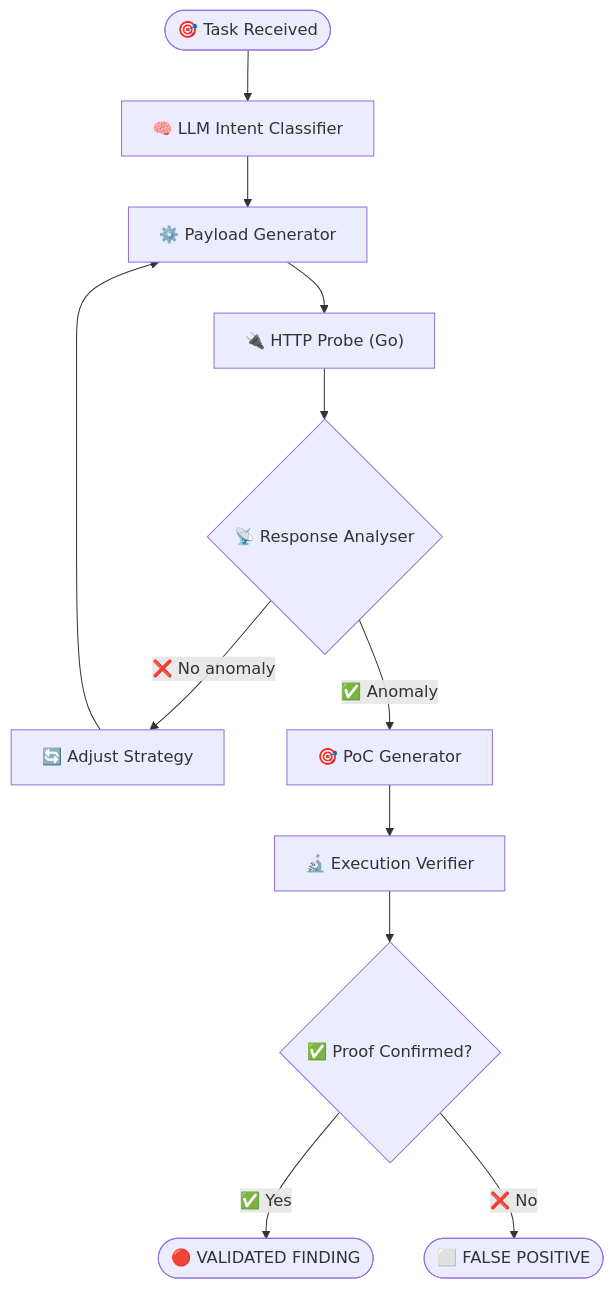
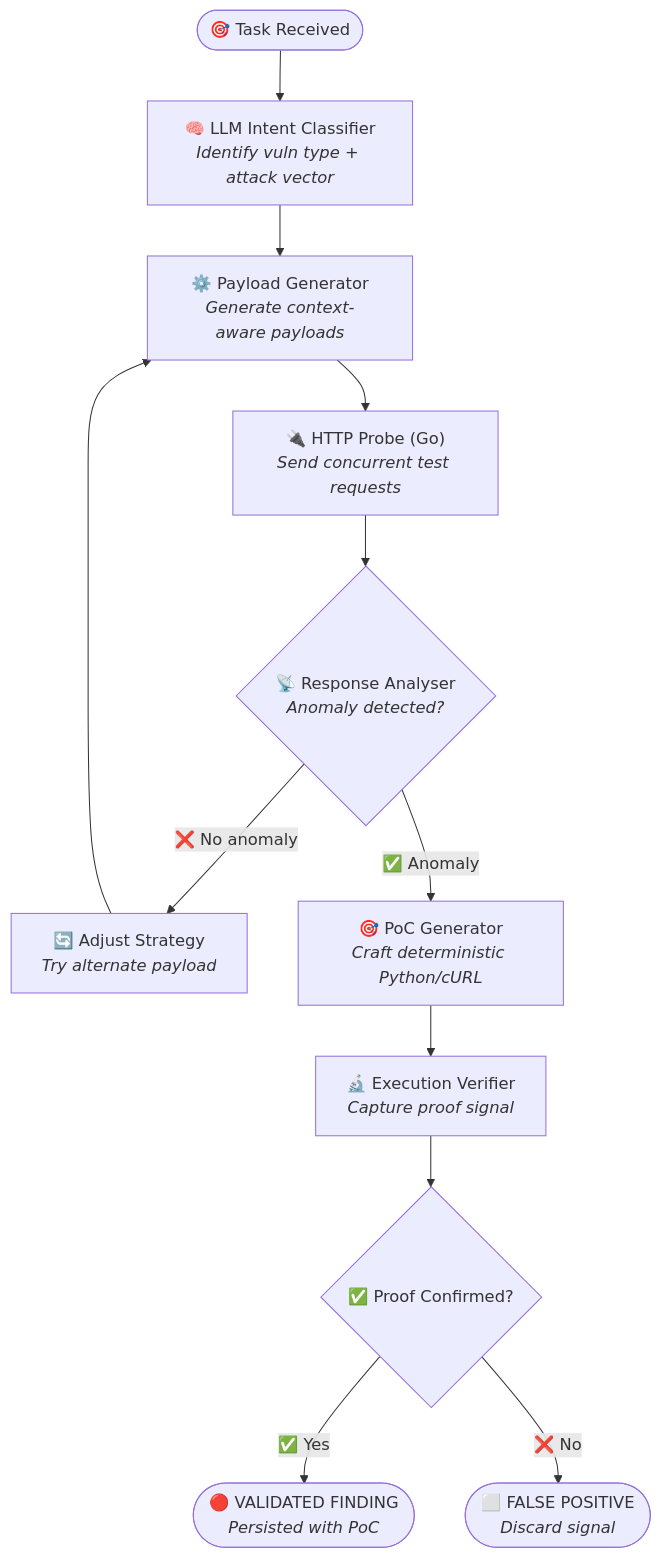
One commit to gl1tch0x1/cog-ai changed the third of 3 diagrams in README.md. Above: the diagram before and after it, drawn with Mermaid. The commit also changed other lines of this file, not shown here.

````diff
--- a/README.md
+++ b/README.md
@@ -175,17 +175,17 @@
 ```mermaid
 flowchart TD
-    START(["🎯 Task Received"]) --> CLASSIFY["🧠 LLM Intent Classifier"]
-    CLASSIFY --> PAYLOAD["⚙️ Payload Generator"]
-    PAYLOAD --> PROBE["🔌 HTTP Probe (Go)"]
-    PROBE --> RESPONSE{"📡 Response Analyser"}
+    START(["🎯 Task Received"]) --> CLASSIFY["🧠 LLM Intent Classifier\n<i>Identify vuln type + attack vector</i>"]
+    CLASSIFY --> PAYLOAD["⚙️ Payload Generator\n<i>Generate context-aware payloads</i>"]
+    PAYLOAD --> PROBE["🔌 HTTP Probe (Go)\n<i>Send concurrent test requests</i>"]
+    PROBE --> RESPONSE{"📡 Response Analyser\n<i>Anomaly detected?</i>"}
     
-    RESPONSE -- "❌ No anomaly" --> ADJUST["🔄 Adjust Strategy"]
+    RESPONSE -- "❌ No anomaly" --> ADJUST["🔄 Adjust Strategy\n<i>Try alternate payload</i>"]
     ADJUST --> PAYLOAD
     
-    RESPONSE -- "✅ Anomaly" --> POC["🎯 PoC Generator"]
-    POC --> VERIFY["🔬 Execution Verifier"]
+    RESPONSE -- "✅ Anomaly" --> POC["🎯 PoC Generator\n<i>Craft deterministic Python/cURL</i>"]
+    POC --> VERIFY["🔬 Execution Verifier\n<i>Capture proof signal</i>"]
     VERIFY --> CONFIRMED{"✅ Proof Confirmed?"}
     
-    CONFIRMED -- "✅ Yes" --> FINDING(["🔴 VALIDATED FINDING"])
-    CONFIRMED -- "❌ No" --> FALSE_POS(["⬜ FALSE POSITIVE"])
+    CONFIRMED -- "✅ Yes" --> FINDING(["🔴 VALIDATED FINDING\n<i>Persisted with PoC</i>"])
+    CONFIRMED -- "❌ No" --> FALSE_POS(["⬜ FALSE POSITIVE\n<i>Discard signal</i>"])
 ```
````
